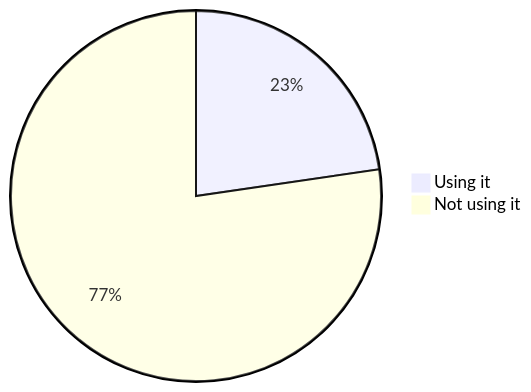
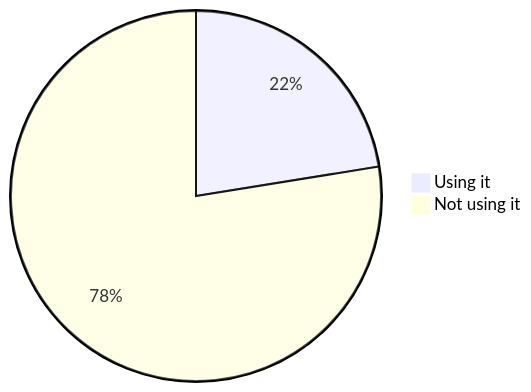
One commit to oshp/oshp-stats changed diagram 18 of 22 in stats.md. Above: the diagram before and after it, drawn with Mermaid. The commit also changed other lines of this file, not shown here.

````diff
--- a/stats.md
+++ b/stats.md
@@ -214,6 +214,6 @@
 ```mermaid
 pie
-	"Using it" : 22.7
-	"Not using it" : 77.3
+	"Using it" : 22.46
+	"Not using it" : 77.54
 
 ```
````
